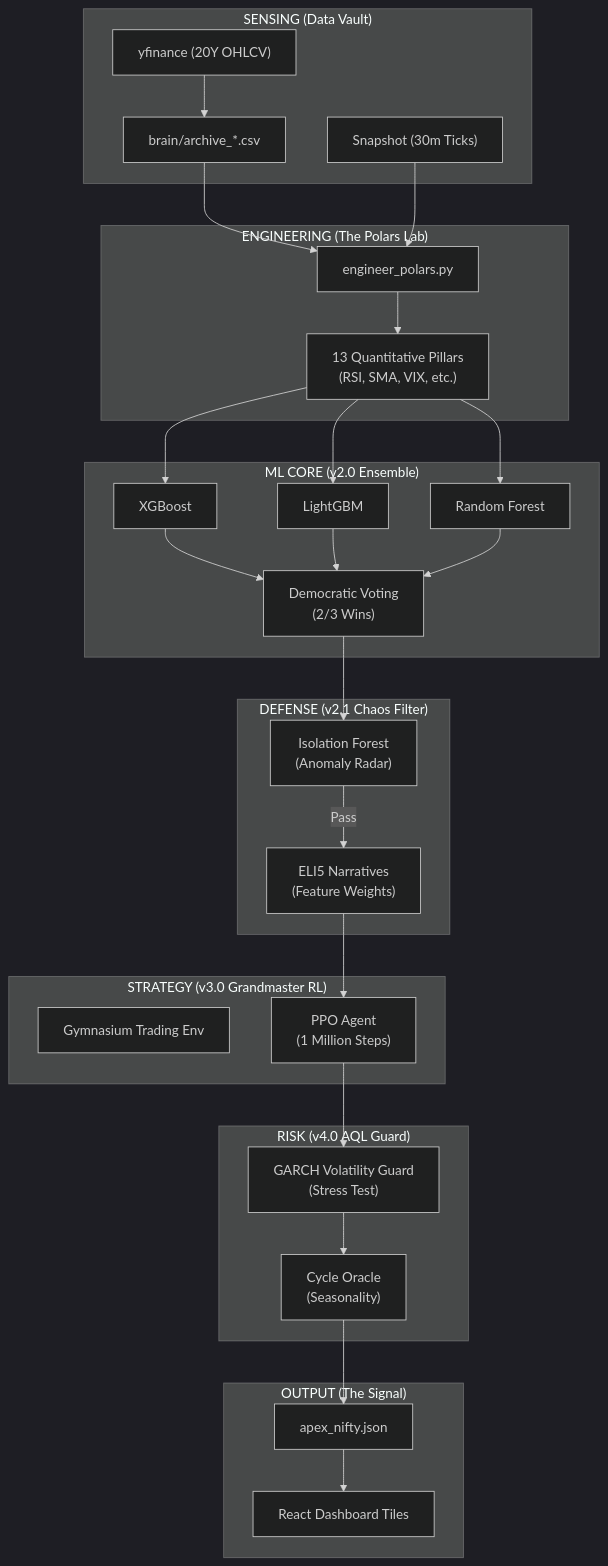
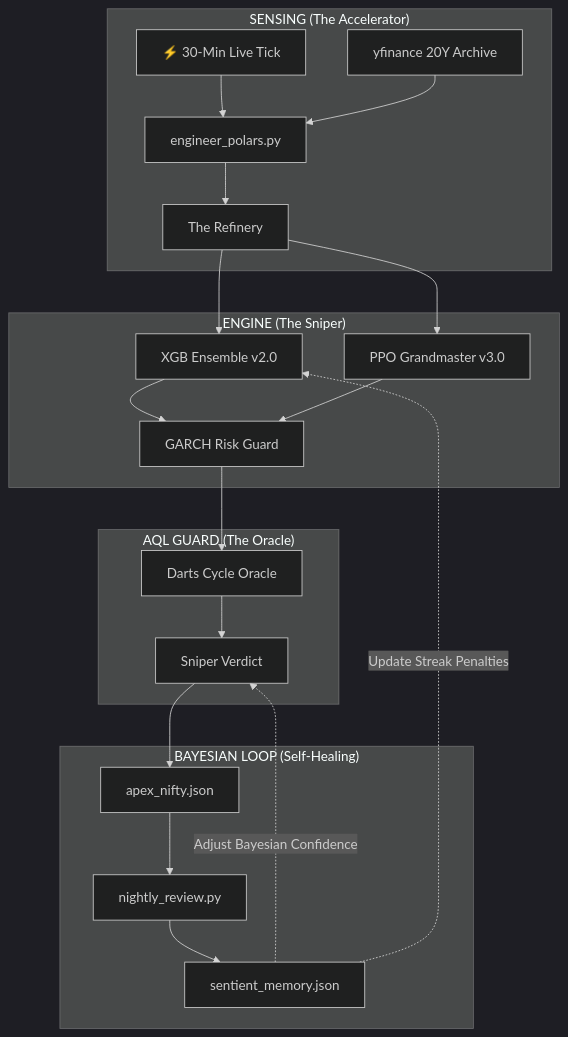
Before and after one commit to pravindev666/Tradyx-Aleph: the fifth of 5 diagrams in README.md, drawn with Mermaid (dark theme). The commit also changed other lines of this file, not shown here.

````diff
--- a/README.md
+++ b/README.md
@@ -15,53 +153,28 @@
 ```mermaid
 graph TD
-    subgraph "SENSING (Data Vault)"
-        YF["yfinance (20Y OHLCV)"]
-        LIVE["Snapshot (30m Ticks)"]
-        ARCH["brain/archive_*.csv"]
+    subgraph "SENSING (The Accelerator)"
+        A_LIVE[⚡ 30-Min Live Tick] --> A_POL
+        A_ARCH[yfinance 20Y Archive] --> A_POL
+        A_POL[engineer_polars.py] --> A_REF[The Refinery]
     end
 
-    subgraph "ENGINEERING (The Polars Lab)"
-        POLY["engineer_polars.py"]
-        FEAT["13 Quantitative Pillars\n(RSI, SMA, VIX, etc.)"]
+    subgraph "ENGINE (The Sniper)"
+        A_REF --> A_XGB[XGB Ensemble v2.0]
+        A_REF --> A_PPO[PPO Grandmaster v3.0]
+        A_XGB & A_PPO --> A_RISK[GARCH Risk Guard]
     end
 
-    subgraph "ML CORE (v2.0 Ensemble)"
-        XGB["XGBoost"]
-        LGB["LightGBM"]
-        RF["Random Forest"]
-        VOTE["Democratic Voting\n(2/3 Wins)"]
+    subgraph "AQL GUARD (The Oracle)"
+        A_RISK --> A_DAR[Darts Cycle Oracle]
+        A_DAR --> A_SNIP[Sniper Verdict]
     end
 
-    subgraph "DEFENSE (v2.1 Chaos Filter)"
-        ISO["Isolation Forest\n(Anomaly Radar)"]
-        ELI5["ELI5 Narratives\n(Feature Weights)"]
+    subgraph "BAYESIAN LOOP (Self-Healing)"
+        A_SNIP --> A_OUT[apex_nifty.json]
+        A_OUT --> A_NIGHT[nightly_review.py]
+        A_NIGHT --> A_MEM[sentient_memory.json]
+        
+        A_MEM -.->|Adjust Bayesian Confidence| A_SNIP
+        A_MEM -.->|Update Streak Penalties| A_XGB
     end
-
-    subgraph "STRATEGY (v3.0 Grandmaster RL)"
-        ENV["Gymnasium Trading Env"]
-        PPO["PPO Agent\n(1 Million Steps)"]
-    end
-
-    subgraph "RISK (v4.0 AQL Guard)"
-        GARCH["GARCH Volatility Guard\n(Stress Test)"]
-        DARTS["Cycle Oracle\n(Seasonality)"]
-    end
-
-    subgraph "OUTPUT (The Signal)"
-        JSON["apex_nifty.json"]
-        UI["React Dashboard Tiles"]
-    end
-
-    YF --> ARCH --> POLY
-    LIVE --> POLY
-    POLY --> FEAT
-    FEAT --> XGB & LGB & RF
-    XGB & LGB & RF --> VOTE
-    VOTE --> ISO
-    ISO -->|Pass| ELI5
-    ELI5 --> PPO
-    PPO --> GARCH
-    GARCH --> DARTS
-    DARTS --> JSON
-    JSON --> UI
 ```
````
